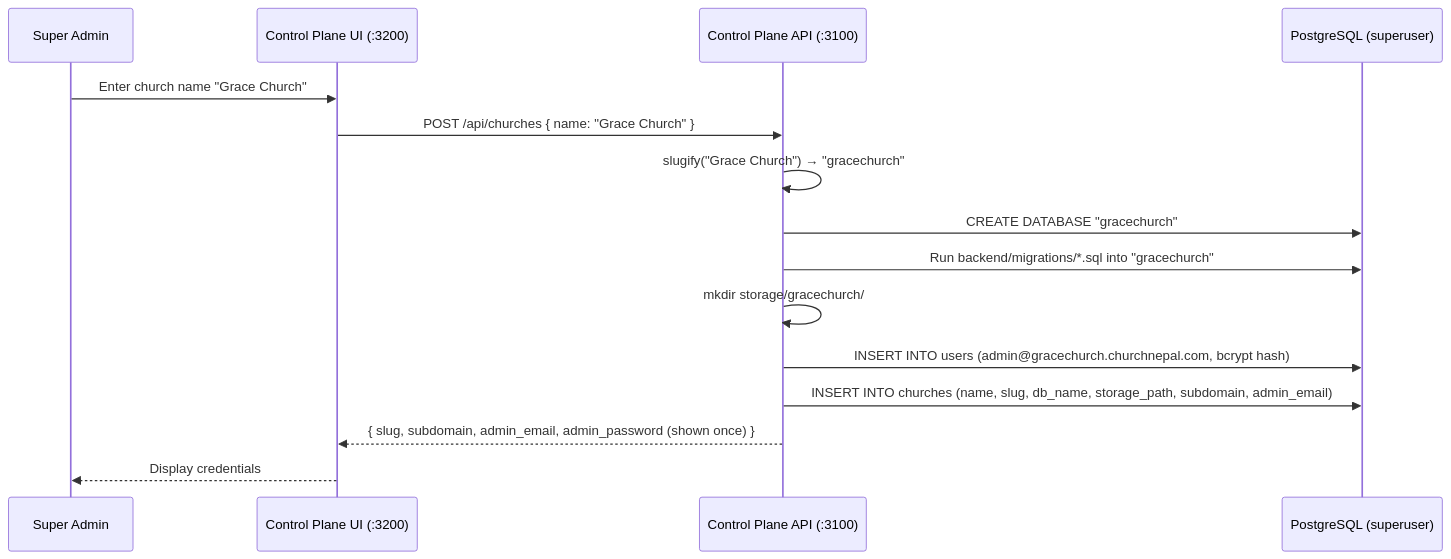
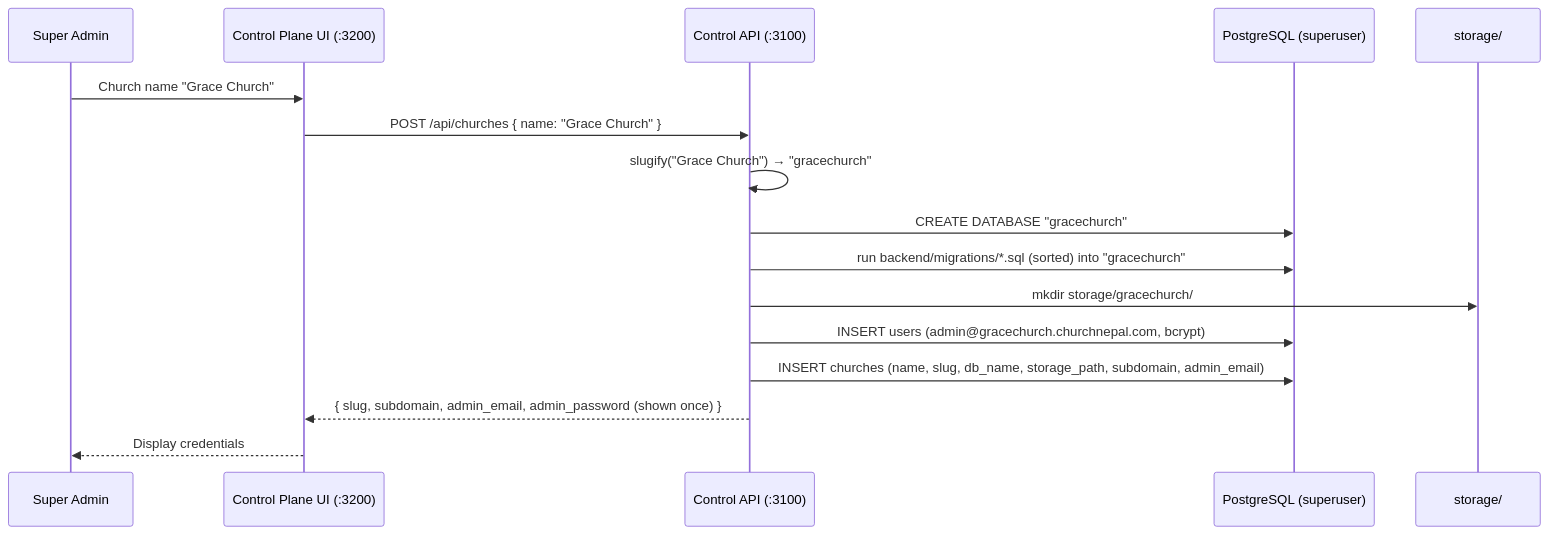
The fourth of 4 diagrams in ARCHITECTURE.md (tarkarajjaishi/church_nepal), drawn with Mermaid before and after one commit. The commit also changed other lines of this file and 134 other files, not shown here.

````diff
--- a/ARCHITECTURE.md
+++ b/ARCHITECTURE.md
@@ -123,18 +308,19 @@
 ```mermaid
 sequenceDiagram
-    participant Admin as Super Admin
+    participant SA as Super Admin
     participant UI as Control Plane UI (:3200)
-    participant API as Control Plane API (:3100)
+    participant API as Control API (:3100)
     participant PG as PostgreSQL (superuser)
+    participant FS as storage/
 
-    Admin->>UI: Enter church name "Grace Church"
+    SA->>UI: Church name "Grace Church"
     UI->>API: POST /api/churches { name: "Grace Church" }
     API->>API: slugify("Grace Church") → "gracechurch"
     API->>PG: CREATE DATABASE "gracechurch"
-    API->>PG: Run backend/migrations/*.sql into "gracechurch"
-    API->>API: mkdir storage/gracechurch/
-    API->>PG: INSERT INTO users (admin@gracechurch.churchnepal.com, bcrypt hash)
-    API->>PG: INSERT INTO churches (name, slug, db_name, storage_path, subdomain, admin_email)
+    API->>PG: run backend/migrations/*.sql (sorted) into "gracechurch"
+    API->>FS: mkdir storage/gracechurch/
+    API->>PG: INSERT users (admin@gracechurch.churchnepal.com, bcrypt)
+    API->>PG: INSERT churches (name, slug, db_name, storage_path, subdomain, admin_email)
     API-->>UI: { slug, subdomain, admin_email, admin_password (shown once) }
-    UI-->>Admin: Display credentials
+    UI-->>SA: Display credentials
 ```
````
